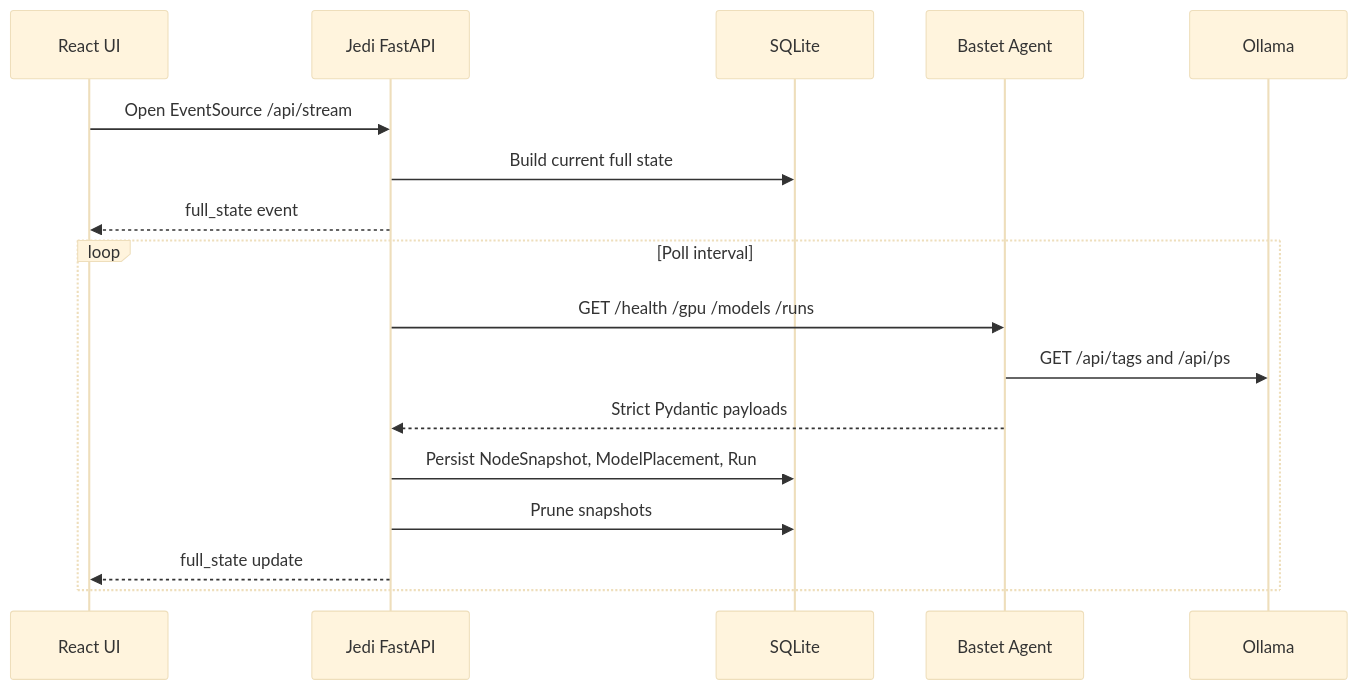
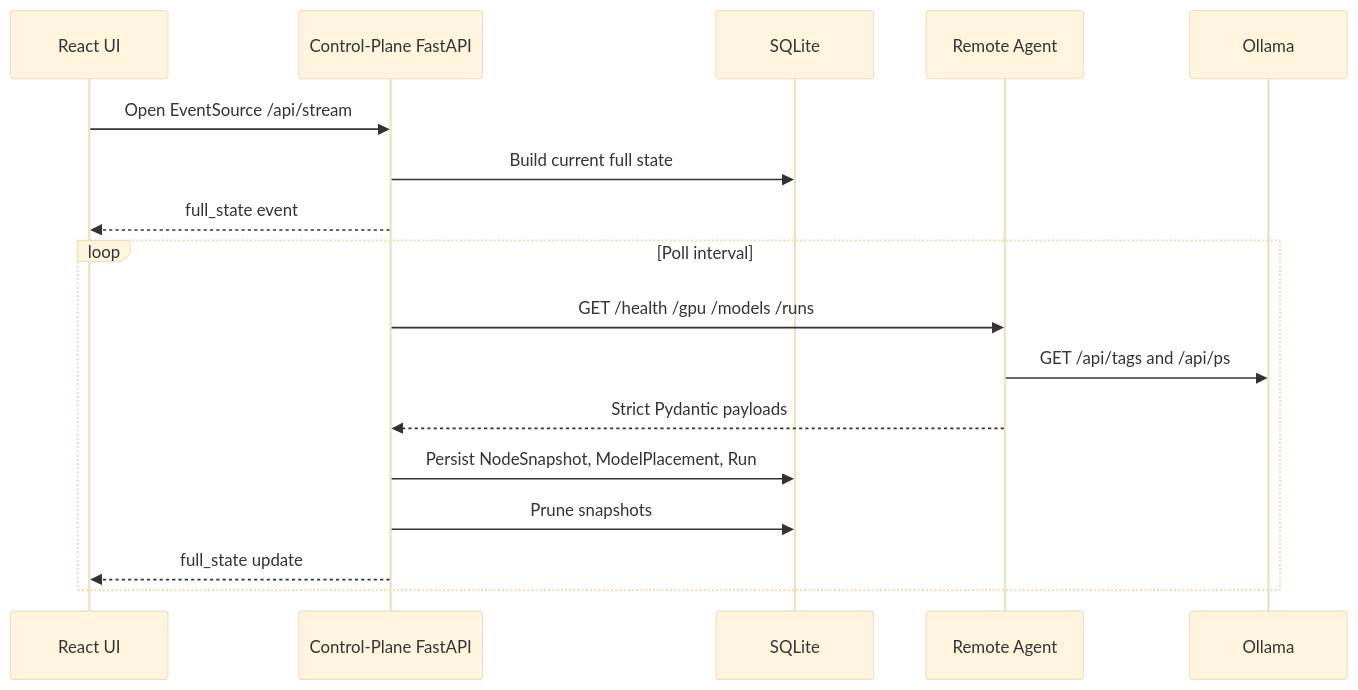
Before and after one commit to jbright471/Vantage: the second of 2 diagrams in ARCHITECTURE.md, drawn with Mermaid (base theme). The commit also changed other lines of this file and 7 other files, not shown here.

````diff
--- a/ARCHITECTURE.md
+++ b/ARCHITECTURE.md
@@ -36,20 +38,20 @@
 ```mermaid
 sequenceDiagram
     participant UI as React UI
-    participant API as Jedi FastAPI
+    participant API as Control-Plane FastAPI
     participant DB as SQLite
-    participant Agent as Bastet Agent
+    participant Agent as Remote Agent
     participant Ollama as Ollama
 
     UI->>API: Open EventSource /api/stream
     API->>DB: Build current full state
     API-->>UI: full_state event
     loop Poll interval
         API->>Agent: GET /health /gpu /models /runs
         Agent->>Ollama: GET /api/tags and /api/ps
         Agent-->>API: Strict Pydantic payloads
         API->>DB: Persist NodeSnapshot, ModelPlacement, Run
         API->>DB: Prune snapshots
         API-->>UI: full_state update
     end
 ```
````
